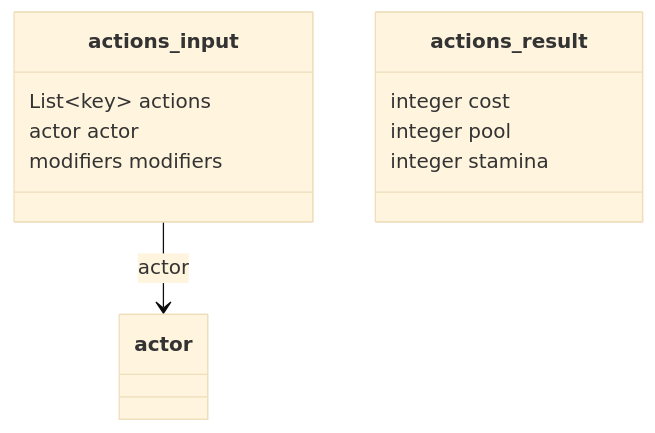
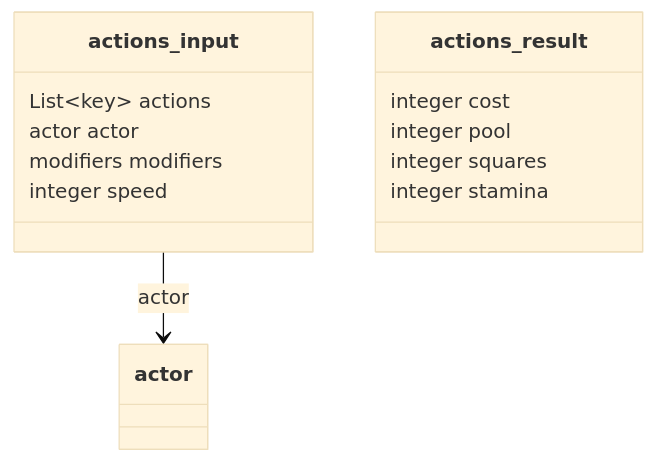
Before and after one commit to SETA1609/riftweave-core: the third of 28 diagrams in docs/backend/contract-diagram.md, drawn with Mermaid (base theme). The commit also changed 8 other files, not shown here.

First line of the commit message:
GD_S19_02 Implementation: move.speed_divisor 2, and actions gives the squares a move covers

````diff
--- a/docs/backend/contract-diagram.md
+++ b/docs/backend/contract-diagram.md
@@ -149,15 +149,17 @@
 ```mermaid
 classDiagram
     class actions_input {
         List~key~ actions
         actor actor
         modifiers modifiers
+        integer speed
     }
     class actions_result {
         integer cost
         integer pool
+        integer squares
         integer stamina
     }
     class actor
     actions_input --> actor : actor
 ```
````
